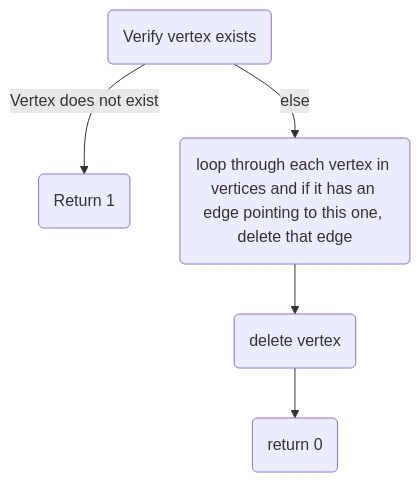
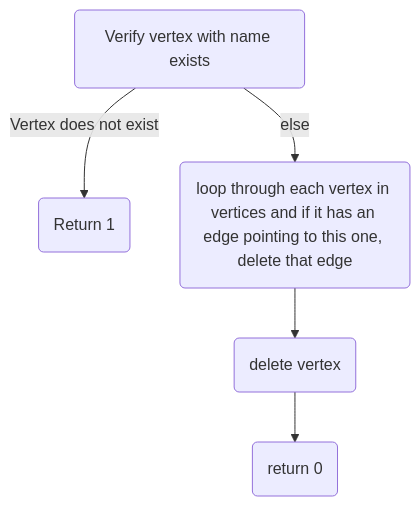
One commit to Badwolf369/CS260 changed the second of 4 diagrams in Final Project/README.md. Above: the diagram before and after it, drawn with Mermaid. The commit also changed other lines of this file and 3 other files, not shown here.

```diff
--- a/Final Project/README.md
+++ b/Final Project/README.md
@@ -44,5 +44,5 @@
 <div class="mermaid">
      graph TD
-    a(Verify vertex exists)--Vertex does not exist-->b(Return 1)
+    a(Verify vertex with name exists)--Vertex does not exist-->b(Return 1)
     a--else-->c(loop through each vertex in vertices and if it has an edge pointing to this one, delete that edge)-->d(delete vertex)-->e(return 0)
 </div>
```
